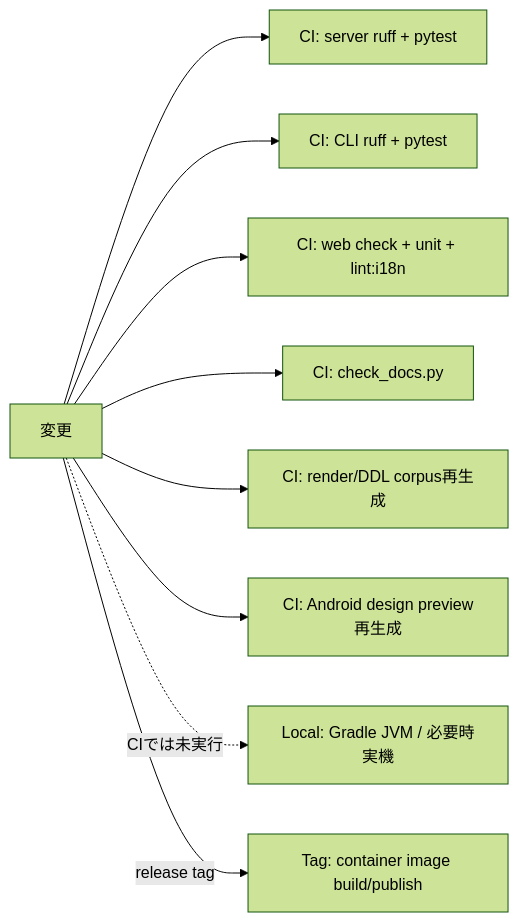
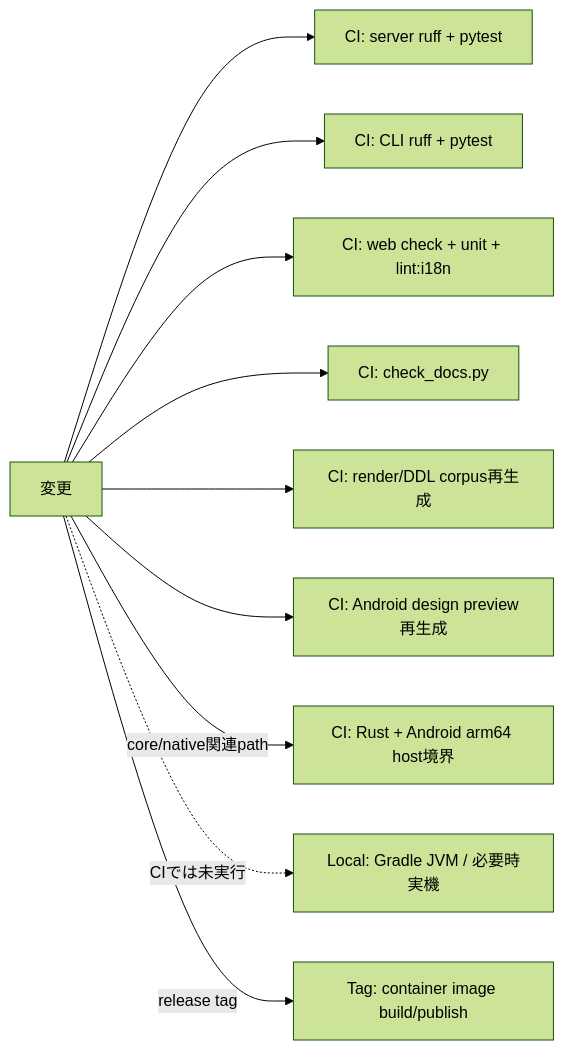
One commit to oikawas/inku-lang changed the diagram in docs/architecture/change-impact-map.ja.md. Above: the diagram before and after it, drawn with Mermaid (forest theme). The commit also changed other lines of this file and 1237 other files, not shown here.

````diff
--- a/docs/architecture/change-impact-map.ja.md
+++ b/docs/architecture/change-impact-map.ja.md
@@ -26,21 +27,23 @@
 ```mermaid
 flowchart LR
     CHANGE["変更"]
     CI_SERVER["CI: server ruff + pytest"]
     CI_CLI["CI: CLI ruff + pytest"]
     CI_WEB["CI: web check + unit + lint:i18n"]
     CI_DOCS["CI: check_docs.py"]
     CI_CORPUS["CI: render/DDL corpus再生成"]
     CI_PREVIEW["CI: Android design preview再生成"]
+    CI_ANDROID["CI: Rust + Android arm64 host境界"]
     LOCAL_ANDROID["Local: Gradle JVM / 必要時実機"]
     RELEASE["Tag: container image build/publish"]
 
     CHANGE --> CI_SERVER
     CHANGE --> CI_CLI
     CHANGE --> CI_WEB
     CHANGE --> CI_DOCS
     CHANGE --> CI_CORPUS
     CHANGE --> CI_PREVIEW
+    CHANGE -->|"core/native関連path"| CI_ANDROID
     CHANGE -.->|"CIでは未実行"| LOCAL_ANDROID
     CHANGE -->|"release tag"| RELEASE
 ```
````
